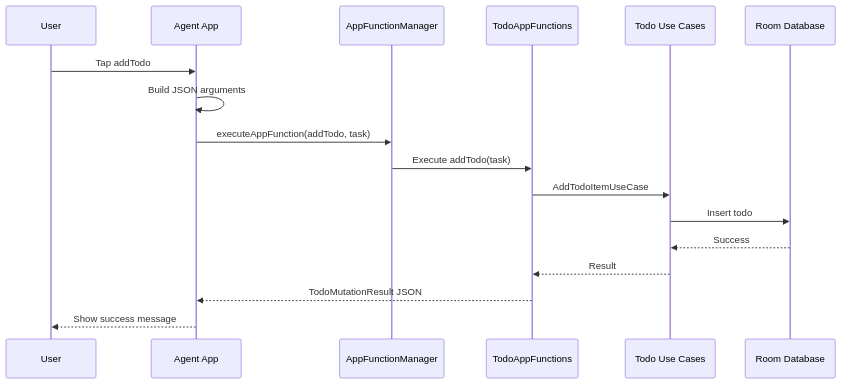
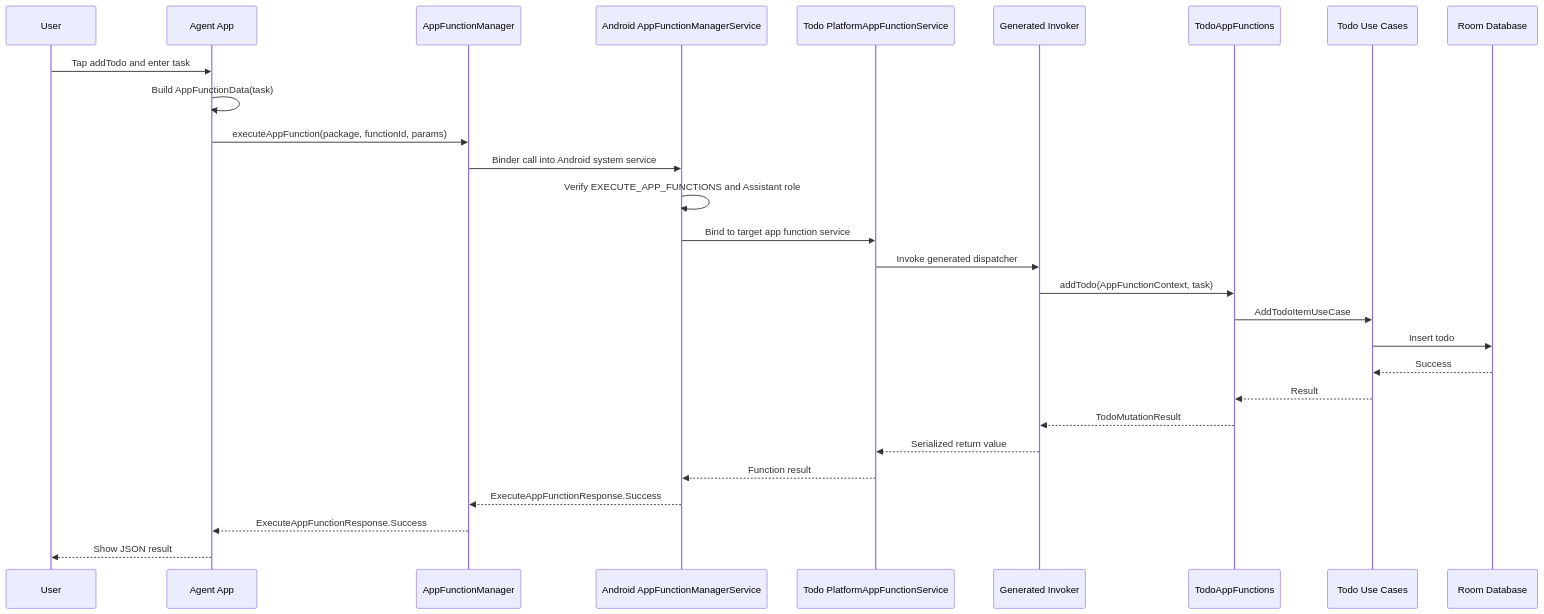
Before and after one commit to gptshubham595/Android-App-Functions-Ai-Task-Controller-Compose: the second of 3 diagrams in article.md, drawn with Mermaid. The commit also changed other lines of this file, not shown here.

Commit message:
Added Agent And App Functions

````diff
--- a/article.md
+++ b/article.md
@@ -1727,20 +1505,31 @@
 ```mermaid
 sequenceDiagram
     participant User
     participant Agent as Agent App
     participant Manager as AppFunctionManager
-    participant Functions as TodoAppFunctions
+    participant System as Android AppFunctionManagerService
+    participant Service as Todo PlatformAppFunctionService
+    participant Invoker as Generated Invoker
+    participant Todo as TodoAppFunctions
     participant UseCases as Todo Use Cases
     participant DB as Room Database
 
-    User->>Agent: Tap addTodo
-    Agent->>Agent: Build JSON arguments
-    Agent->>Manager: executeAppFunction(addTodo, task)
-    Manager->>Functions: Execute addTodo(task)
-    Functions->>UseCases: AddTodoItemUseCase
+    User->>Agent: Tap addTodo and enter task
+    Agent->>Agent: Build AppFunctionData(task)
+    Agent->>Manager: executeAppFunction(package, functionId, params)
+    Manager->>System: Binder call into Android system service
+    System->>System: Verify EXECUTE_APP_FUNCTIONS and Assistant role
+    System->>Service: Bind to target app function service
+    Service->>Invoker: Invoke generated dispatcher
+    Invoker->>Todo: addTodo(AppFunctionContext, task)
+    Todo->>UseCases: AddTodoItemUseCase
     UseCases->>DB: Insert todo
     DB-->>UseCases: Success
-    UseCases-->>Functions: Result
-    Functions-->>Agent: TodoMutationResult JSON
-    Agent-->>User: Show success message
+    UseCases-->>Todo: Result
+    Todo-->>Invoker: TodoMutationResult
+    Invoker-->>Service: Serialized return value
+    Service-->>System: Function result
+    System-->>Manager: ExecuteAppFunctionResponse.Success
+    Manager-->>Agent: ExecuteAppFunctionResponse.Success
+    Agent-->>User: Show JSON result
 ```
````
